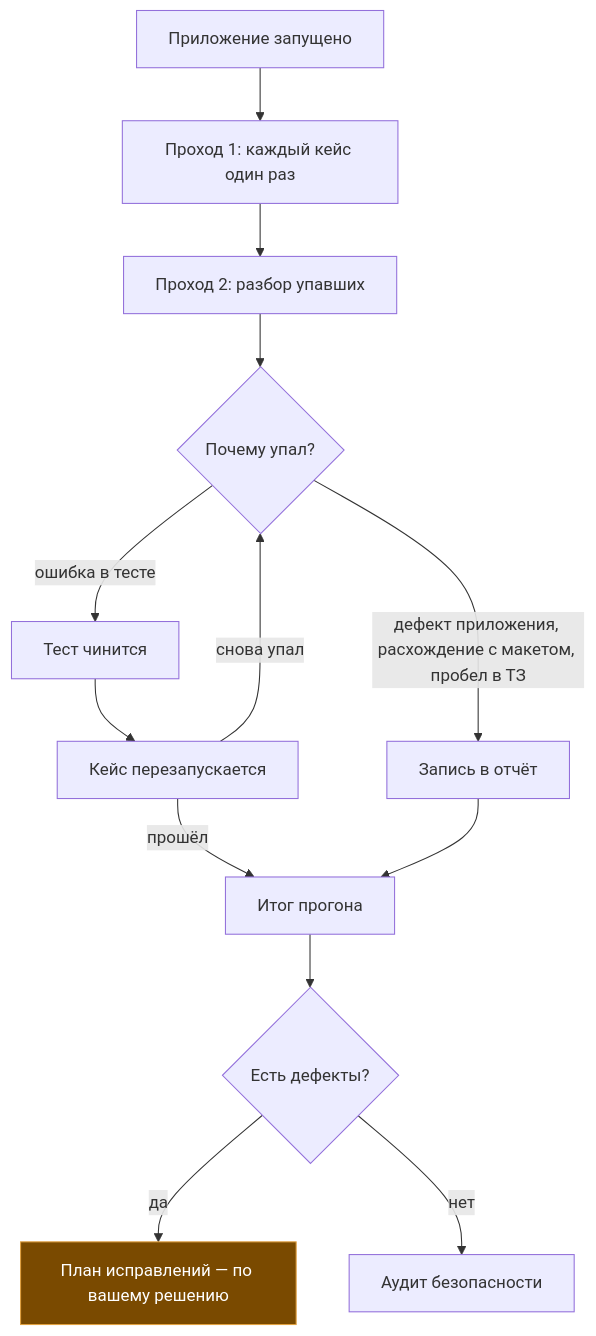
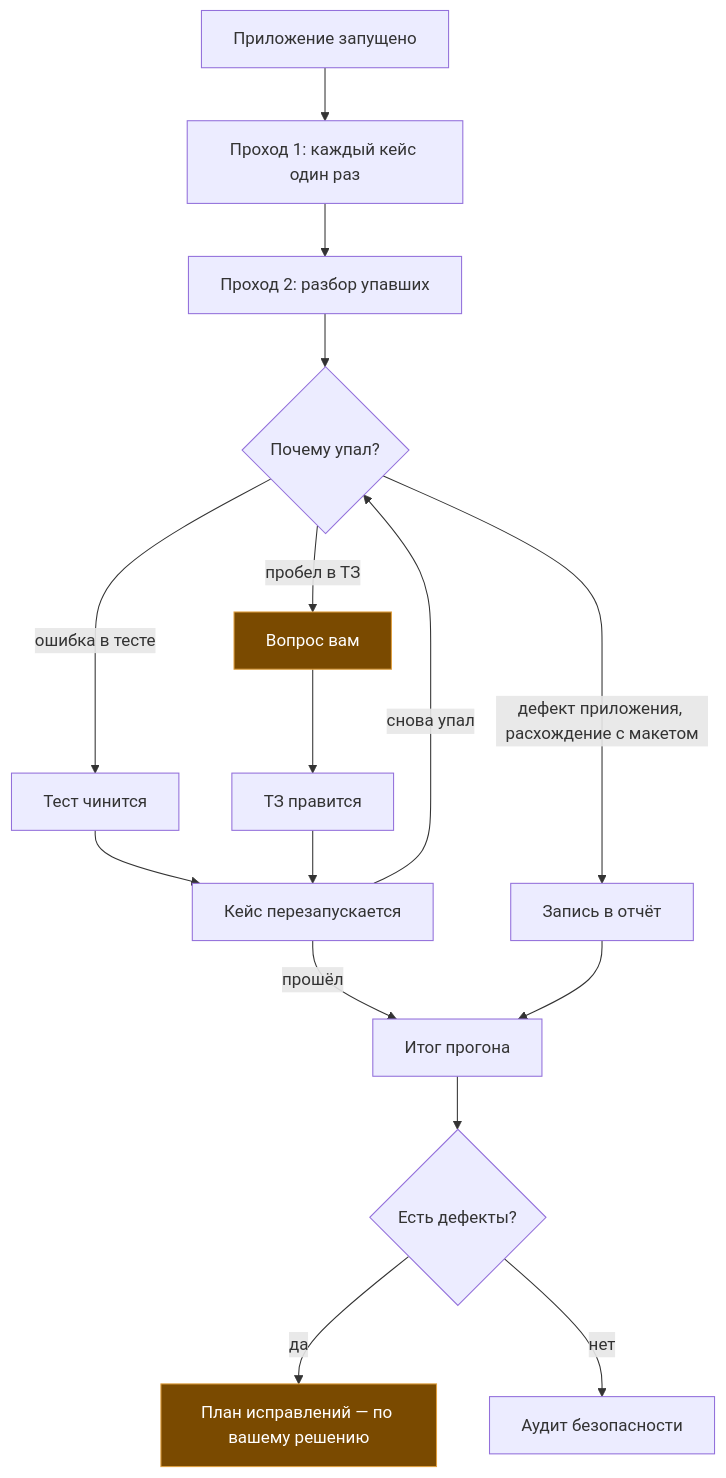
The fourth of 4 diagrams in README.md (Idontlikedrinkpivo/web-dev-pipeline-claude-plugin), drawn with Mermaid before and after one commit. The commit also changed other lines of this file and 7 other files, not shown here.

````diff
--- a/README.md
+++ b/README.md
@@ -522,17 +1229,20 @@
 ```mermaid
 flowchart TD
     A[Приложение запущено] --> P1[Проход 1: каждый кейс один раз]
     P1 --> P2[Проход 2: разбор упавших]
     P2 --> W{Почему упал?}
     W -- ошибка в тесте --> FT[Тест чинится]
     FT --> RR[Кейс перезапускается]
     RR -- снова упал --> W
     RR -- прошёл --> Z[Итог прогона]
-    W -- дефект приложения, расхождение с макетом, пробел в ТЗ --> REP[Запись в отчёт]
+    W -- дефект приложения, расхождение с макетом --> REP[Запись в отчёт]
     REP --> Z
+    W -- пробел в ТЗ --> ASK[Вопрос вам]
+    ASK --> FIX[ТЗ правится]
+    FIX --> RR
     Z --> Q{Есть дефекты?}
     Q -- да --> PL[План исправлений — по вашему решению]
     Q -- нет --> N[Аудит безопасности]
     classDef you fill:#7a4a00,stroke:#e0a040,color:#ffffff
-    class PL you
+    class PL,ASK you
 ```
````
